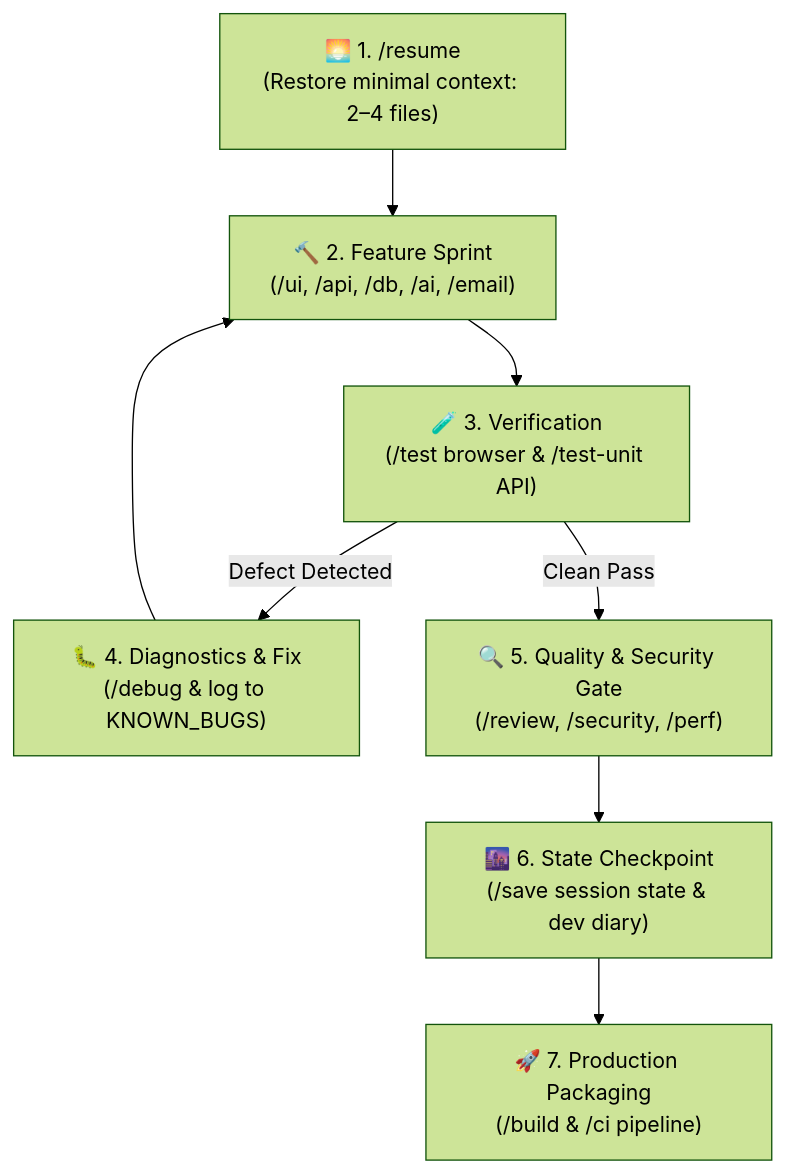
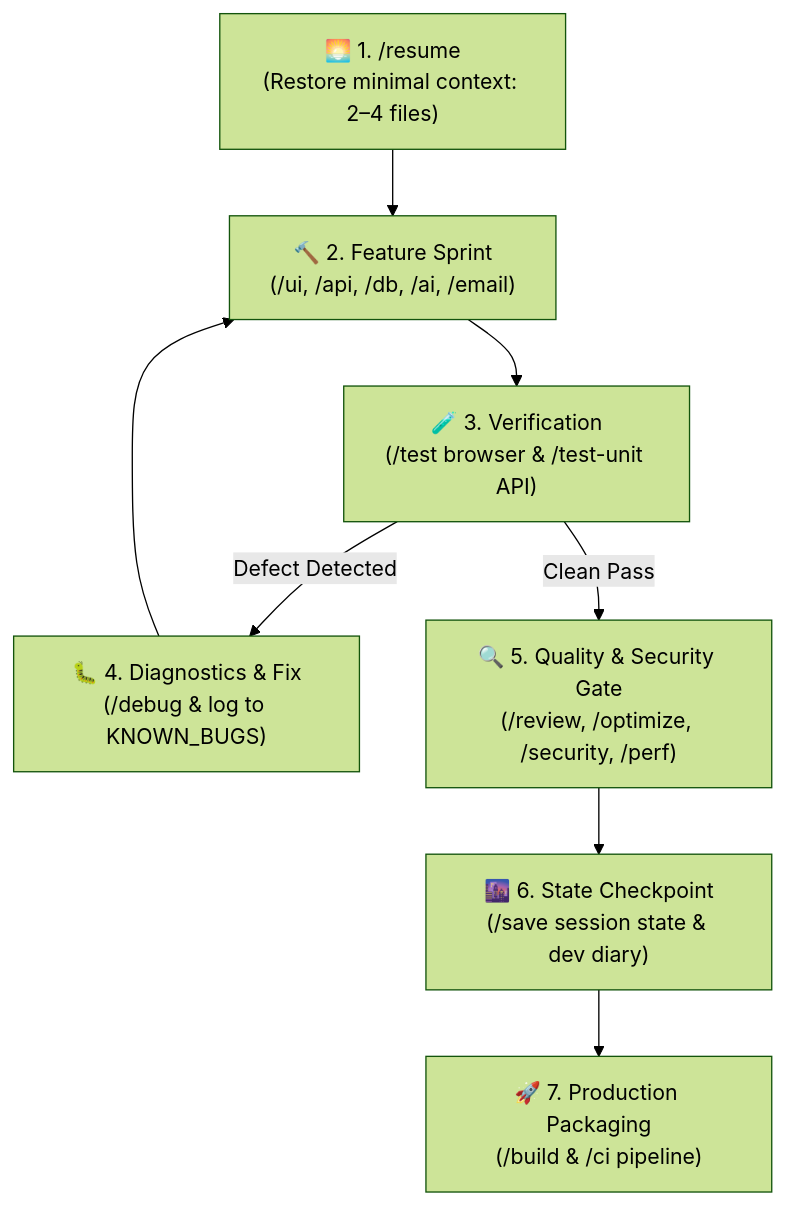
Before and after one commit to Samrude1/agentic-fullstack-template: the diagram in README.md, drawn with Mermaid (forest theme). The commit also changed other lines of this file and 3 other files, not shown here.

````diff
--- a/README.md
+++ b/README.md
@@ -54,10 +54,10 @@
 ```mermaid
 graph TD
     A["🌅 1. /resume<br/>(Restore minimal context: 2–4 files)"] --> B["🔨 2. Feature Sprint<br/>(/ui, /api, /db, /ai, /email)"]
     B --> C["🧪 3. Verification<br/>(/test browser & /test-unit API)"]
     C -- Defect Detected --> D["🐛 4. Diagnostics & Fix<br/>(/debug & log to KNOWN_BUGS)"]
     D --> B
-    C -- Clean Pass --> E["🔍 5. Quality & Security Gate<br/>(/review, /security, /perf)"]
+    C -- Clean Pass --> E["🔍 5. Quality & Security Gate<br/>(/review, /optimize, /security, /perf)"]
     E --> F["🌆 6. State Checkpoint<br/>(/save session state & dev diary)"]
     F --> G["🚀 7. Production Packaging<br/>(/build & /ci pipeline)"]
 ```
````
